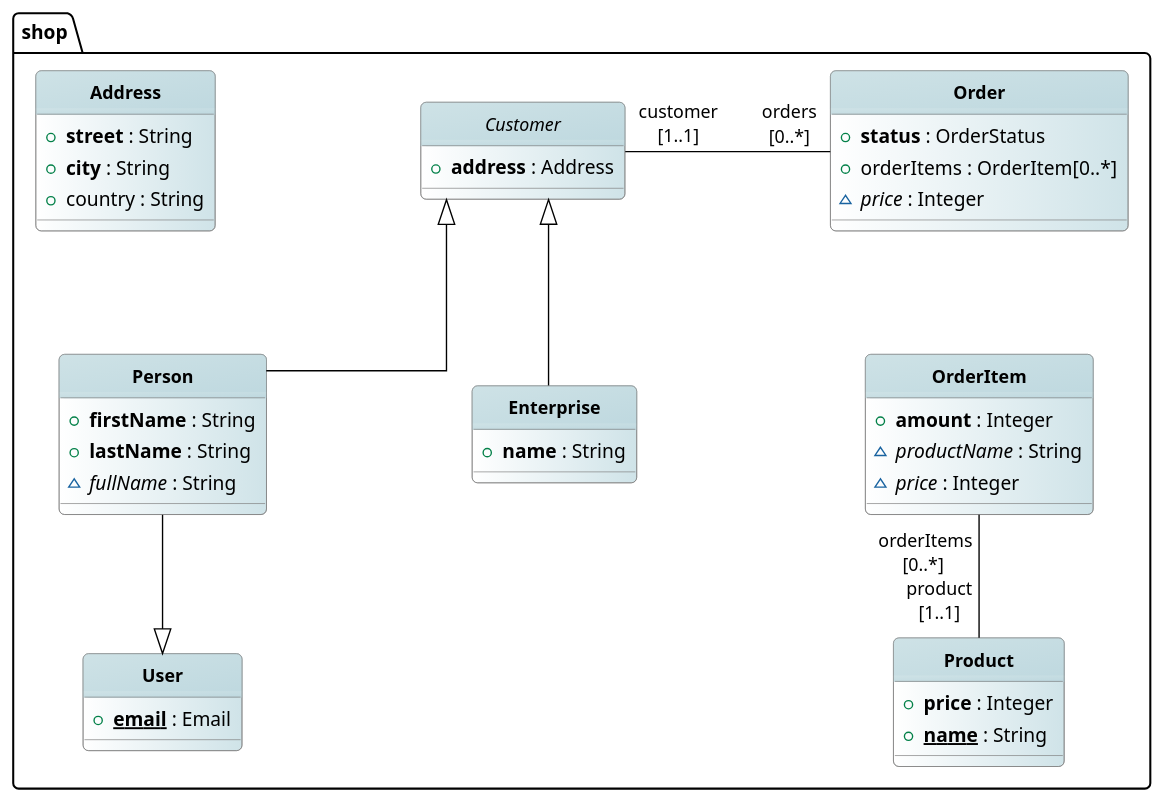
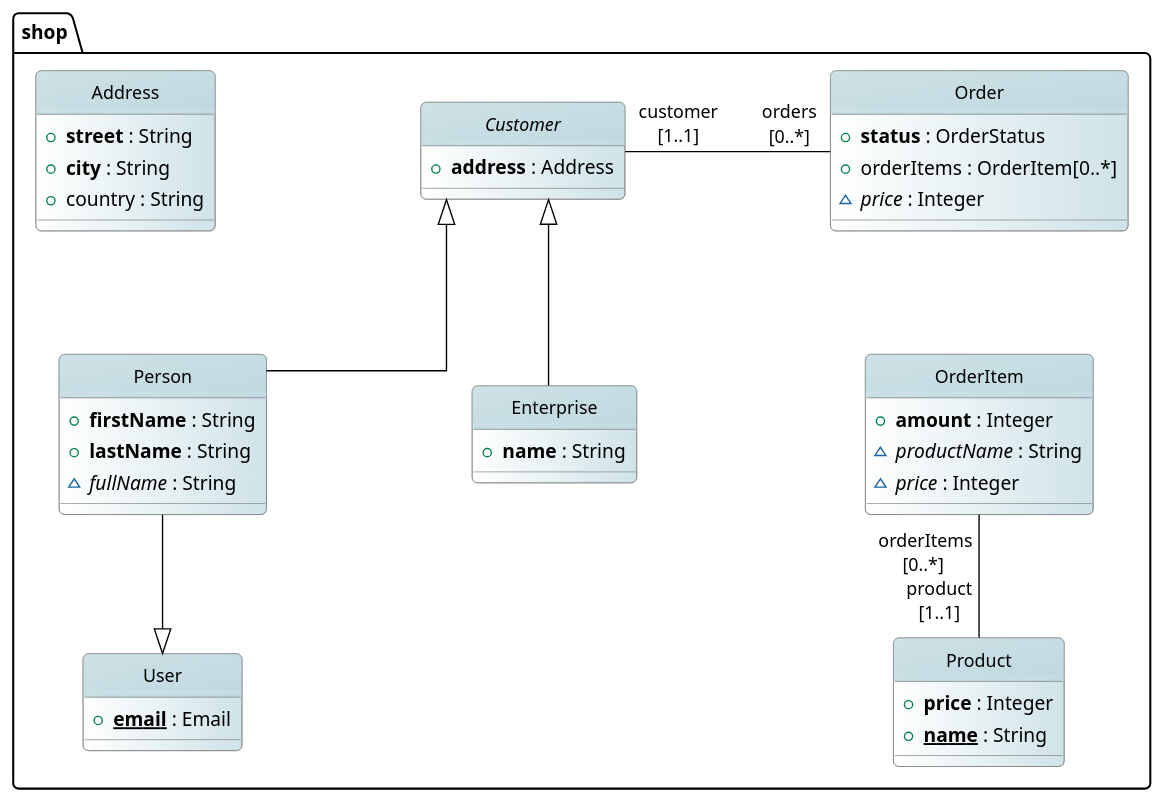
The diagram in docs/pages/01_intro.adoc (BlackBeltTechnology/judo-meta-jsl), drawn with PlantUML before and after one commit.

Commit message:
Font style changed in intro.adoc diagram

```diff
--- a/docs/pages/01_intro.adoc
+++ b/docs/pages/01_intro.adoc
@@ -126,7 +126,7 @@
 	ArrowColor #black
 
 	FontSize 13
-	FontStyle bold
+	'FontStyle bold
 
 	BackgroundColor<< Abstract >> white|#cfe3e8
 	HeaderBackgroundColor<< Abstract >> #cee2e6/#bed8df
```
